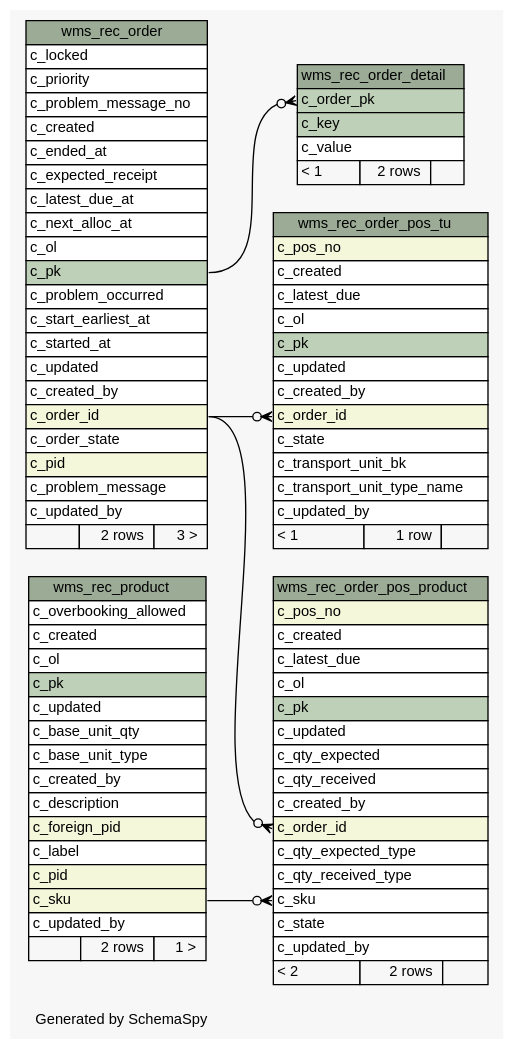
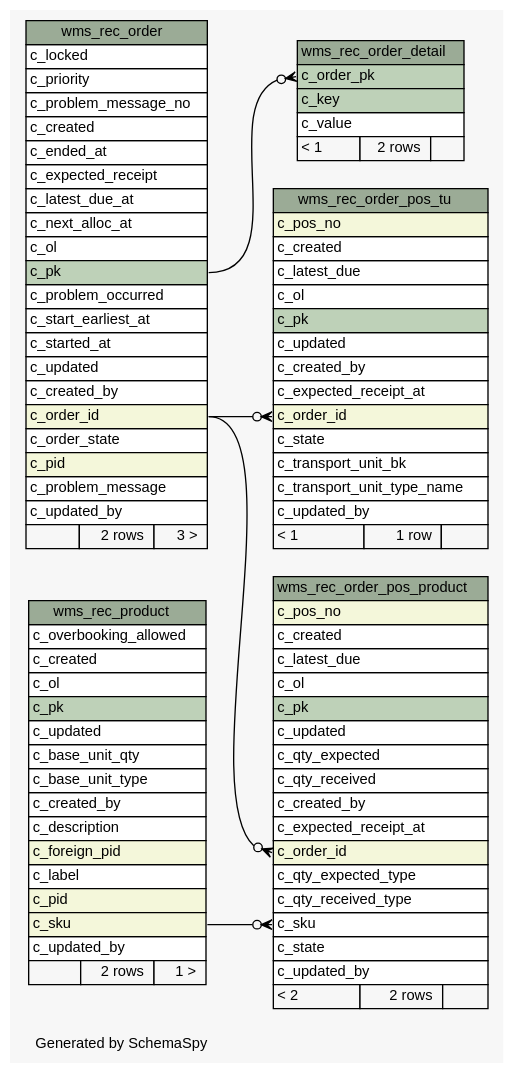
The diagram in 1.0.0-SNAPSHOT/schemaspy/diagrams/summary/relationships.real.large.dot (openwms/org.openwms.wms.receiving.lib), drawn with Graphviz before and after one commit. The commit also changed 508 other files, not shown here.

```diff
--- a/1.0.0-SNAPSHOT/schemaspy/diagrams/summary/relationships.real.large.dot
+++ b/1.0.0-SNAPSHOT/schemaspy/diagrams/summary/relationships.real.large.dot
@@ -1,135 +1,137 @@
 // dot 2.43.0 on Linux 6.5.0-1025-azure
 // SchemaSpy rev Unknown
 digraph "largeRelationshipsDiagram" {
   graph [
     rankdir="RL"
     bgcolor="#f7f7f7"
     label="\nGenerated by SchemaSpy"
     labeljust="l"
     nodesep="0.18"
     ranksep="0.46"
     fontname="Helvetica"
     fontsize="11"
   ];
   node [
     fontname="Helvetica"
     fontsize="11"
     shape="plaintext"
   ];
   edge [
     arrowsize="0.8"
   ];
   "wms_rec_order" [
     label=<
     <TABLE BORDER="0" CELLBORDER="1" CELLSPACING="0" BGCOLOR="#ffffff">
       <TR><TD COLSPAN="3" BGCOLOR="#9bab96" ALIGN="CENTER">wms_rec_order</TD></TR>
       <TR><TD PORT="c_locked" COLSPAN="3" ALIGN="LEFT">c_locked</TD></TR>
       <TR><TD PORT="c_priority" COLSPAN="3" ALIGN="LEFT">c_priority</TD></TR>
       <TR><TD PORT="c_problem_message_no" COLSPAN="3" ALIGN="LEFT">c_problem_message_no</TD></TR>
       <TR><TD PORT="c_created" COLSPAN="3" ALIGN="LEFT">c_created</TD></TR>
       <TR><TD PORT="c_ended_at" COLSPAN="3" ALIGN="LEFT">c_ended_at</TD></TR>
       <TR><TD PORT="c_expected_receipt" COLSPAN="3" ALIGN="LEFT">c_expected_receipt</TD></TR>
       <TR><TD PORT="c_latest_due_at" COLSPAN="3" ALIGN="LEFT">c_latest_due_at</TD></TR>
       <TR><TD PORT="c_next_alloc_at" COLSPAN="3" ALIGN="LEFT">c_next_alloc_at</TD></TR>
       <TR><TD PORT="c_ol" COLSPAN="3" ALIGN="LEFT">c_ol</TD></TR>
       <TR><TD PORT="c_pk" COLSPAN="3" BGCOLOR="#bed1b8" ALIGN="LEFT">c_pk</TD></TR>
       <TR><TD PORT="c_problem_occurred" COLSPAN="3" ALIGN="LEFT">c_problem_occurred</TD></TR>
       <TR><TD PORT="c_start_earliest_at" COLSPAN="3" ALIGN="LEFT">c_start_earliest_at</TD></TR>
       <TR><TD PORT="c_started_at" COLSPAN="3" ALIGN="LEFT">c_started_at</TD></TR>
       <TR><TD PORT="c_updated" COLSPAN="3" ALIGN="LEFT">c_updated</TD></TR>
       <TR><TD PORT="c_created_by" COLSPAN="3" ALIGN="LEFT">c_created_by</TD></TR>
       <TR><TD PORT="c_order_id" COLSPAN="3" BGCOLOR="#f4f7da" ALIGN="LEFT">c_order_id</TD></TR>
       <TR><TD PORT="c_order_state" COLSPAN="3" ALIGN="LEFT">c_order_state</TD></TR>
       <TR><TD PORT="c_pid" COLSPAN="3" BGCOLOR="#f4f7da" ALIGN="LEFT">c_pid</TD></TR>
       <TR><TD PORT="c_problem_message" COLSPAN="3" ALIGN="LEFT">c_problem_message</TD></TR>
       <TR><TD PORT="c_updated_by" COLSPAN="3" ALIGN="LEFT">c_updated_by</TD></TR>
       <TR><TD ALIGN="LEFT" BGCOLOR="#f7f7f7">  </TD><TD ALIGN="RIGHT" BGCOLOR="#f7f7f7">2 rows</TD><TD ALIGN="RIGHT" BGCOLOR="#f7f7f7">3 &gt;</TD></TR>
     </TABLE>>
     URL="tables/wms_rec_order.html"
     tooltip="wms_rec_order"
   ];
   "wms_rec_order_detail" [
     label=<
     <TABLE BORDER="0" CELLBORDER="1" CELLSPACING="0" BGCOLOR="#ffffff">
       <TR><TD COLSPAN="3" BGCOLOR="#9bab96" ALIGN="CENTER">wms_rec_order_detail</TD></TR>
       <TR><TD PORT="c_order_pk" COLSPAN="3" BGCOLOR="#bed1b8" ALIGN="LEFT">c_order_pk</TD></TR>
       <TR><TD PORT="c_key" COLSPAN="3" BGCOLOR="#bed1b8" ALIGN="LEFT">c_key</TD></TR>
       <TR><TD PORT="c_value" COLSPAN="3" ALIGN="LEFT">c_value</TD></TR>
       <TR><TD ALIGN="LEFT" BGCOLOR="#f7f7f7">&lt; 1</TD><TD ALIGN="RIGHT" BGCOLOR="#f7f7f7">2 rows</TD><TD ALIGN="RIGHT" BGCOLOR="#f7f7f7">  </TD></TR>
     </TABLE>>
     URL="tables/wms_rec_order_detail.html"
     tooltip="wms_rec_order_detail"
   ];
   "wms_rec_order_pos_product" [
     label=<
     <TABLE BORDER="0" CELLBORDER="1" CELLSPACING="0" BGCOLOR="#ffffff">
       <TR><TD COLSPAN="3" BGCOLOR="#9bab96" ALIGN="CENTER">wms_rec_order_pos_product</TD></TR>
       <TR><TD PORT="c_pos_no" COLSPAN="3" BGCOLOR="#f4f7da" ALIGN="LEFT">c_pos_no</TD></TR>
       <TR><TD PORT="c_created" COLSPAN="3" ALIGN="LEFT">c_created</TD></TR>
       <TR><TD PORT="c_latest_due" COLSPAN="3" ALIGN="LEFT">c_latest_due</TD></TR>
       <TR><TD PORT="c_ol" COLSPAN="3" ALIGN="LEFT">c_ol</TD></TR>
       <TR><TD PORT="c_pk" COLSPAN="3" BGCOLOR="#bed1b8" ALIGN="LEFT">c_pk</TD></TR>
       <TR><TD PORT="c_updated" COLSPAN="3" ALIGN="LEFT">c_updated</TD></TR>
       <TR><TD PORT="c_qty_expected" COLSPAN="3" ALIGN="LEFT">c_qty_expected</TD></TR>
       <TR><TD PORT="c_qty_received" COLSPAN="3" ALIGN="LEFT">c_qty_received</TD></TR>
       <TR><TD PORT="c_created_by" COLSPAN="3" ALIGN="LEFT">c_created_by</TD></TR>
+      <TR><TD PORT="c_expected_receipt_at" COLSPAN="3" ALIGN="LEFT">c_expected_receipt_at</TD></TR>
       <TR><TD PORT="c_order_id" COLSPAN="3" BGCOLOR="#f4f7da" ALIGN="LEFT">c_order_id</TD></TR>
       <TR><TD PORT="c_qty_expected_type" COLSPAN="3" ALIGN="LEFT">c_qty_expected_type</TD></TR>
       <TR><TD PORT="c_qty_received_type" COLSPAN="3" ALIGN="LEFT">c_qty_received_type</TD></TR>
       <TR><TD PORT="c_sku" COLSPAN="3" ALIGN="LEFT">c_sku</TD></TR>
       <TR><TD PORT="c_state" COLSPAN="3" ALIGN="LEFT">c_state</TD></TR>
       <TR><TD PORT="c_updated_by" COLSPAN="3" ALIGN="LEFT">c_updated_by</TD></TR>
       <TR><TD ALIGN="LEFT" BGCOLOR="#f7f7f7">&lt; 2</TD><TD ALIGN="RIGHT" BGCOLOR="#f7f7f7">2 rows</TD><TD ALIGN="RIGHT" BGCOLOR="#f7f7f7">  </TD></TR>
     </TABLE>>
     URL="tables/wms_rec_order_pos_product.html"
     tooltip="wms_rec_order_pos_product"
   ];
   "wms_rec_order_pos_tu" [
     label=<
     <TABLE BORDER="0" CELLBORDER="1" CELLSPACING="0" BGCOLOR="#ffffff">
       <TR><TD COLSPAN="3" BGCOLOR="#9bab96" ALIGN="CENTER">wms_rec_order_pos_tu</TD></TR>
       <TR><TD PORT="c_pos_no" COLSPAN="3" BGCOLOR="#f4f7da" ALIGN="LEFT">c_pos_no</TD></TR>
       <TR><TD PORT="c_created" COLSPAN="3" ALIGN="LEFT">c_created</TD></TR>
       <TR><TD PORT="c_latest_due" COLSPAN="3" ALIGN="LEFT">c_latest_due</TD></TR>
       <TR><TD PORT="c_ol" COLSPAN="3" ALIGN="LEFT">c_ol</TD></TR>
       <TR><TD PORT="c_pk" COLSPAN="3" BGCOLOR="#bed1b8" ALIGN="LEFT">c_pk</TD></TR>
       <TR><TD PORT="c_updated" COLSPAN="3" ALIGN="LEFT">c_updated</TD></TR>
       <TR><TD PORT="c_created_by" COLSPAN="3" ALIGN="LEFT">c_created_by</TD></TR>
+      <TR><TD PORT="c_expected_receipt_at" COLSPAN="3" ALIGN="LEFT">c_expected_receipt_at</TD></TR>
       <TR><TD PORT="c_order_id" COLSPAN="3" BGCOLOR="#f4f7da" ALIGN="LEFT">c_order_id</TD></TR>
       <TR><TD PORT="c_state" COLSPAN="3" ALIGN="LEFT">c_state</TD></TR>
       <TR><TD PORT="c_transport_unit_bk" COLSPAN="3" ALIGN="LEFT">c_transport_unit_bk</TD></TR>
       <TR><TD PORT="c_transport_unit_type_name" COLSPAN="3" ALIGN="LEFT">c_transport_unit_type_name</TD></TR>
       <TR><TD PORT="c_updated_by" COLSPAN="3" ALIGN="LEFT">c_updated_by</TD></TR>
       <TR><TD ALIGN="LEFT" BGCOLOR="#f7f7f7">&lt; 1</TD><TD ALIGN="RIGHT" BGCOLOR="#f7f7f7">1 row</TD><TD ALIGN="RIGHT" BGCOLOR="#f7f7f7">  </TD></TR>
     </TABLE>>
     URL="tables/wms_rec_order_pos_tu.html"
     tooltip="wms_rec_order_pos_tu"
   ];
   "wms_rec_product" [
     label=<
     <TABLE BORDER="0" CELLBORDER="1" CELLSPACING="0" BGCOLOR="#ffffff">
       <TR><TD COLSPAN="3" BGCOLOR="#9bab96" ALIGN="CENTER">wms_rec_product</TD></TR>
       <TR><TD PORT="c_overbooking_allowed" COLSPAN="3" ALIGN="LEFT">c_overbooking_allowed</TD></TR>
       <TR><TD PORT="c_created" COLSPAN="3" ALIGN="LEFT">c_created</TD></TR>
       <TR><TD PORT="c_ol" COLSPAN="3" ALIGN="LEFT">c_ol</TD></TR>
       <TR><TD PORT="c_pk" COLSPAN="3" BGCOLOR="#bed1b8" ALIGN="LEFT">c_pk</TD></TR>
       <TR><TD PORT="c_updated" COLSPAN="3" ALIGN="LEFT">c_updated</TD></TR>
       <TR><TD PORT="c_base_unit_qty" COLSPAN="3" ALIGN="LEFT">c_base_unit_qty</TD></TR>
       <TR><TD PORT="c_base_unit_type" COLSPAN="3" ALIGN="LEFT">c_base_unit_type</TD></TR>
       <TR><TD PORT="c_created_by" COLSPAN="3" ALIGN="LEFT">c_created_by</TD></TR>
       <TR><TD PORT="c_description" COLSPAN="3" ALIGN="LEFT">c_description</TD></TR>
       <TR><TD PORT="c_foreign_pid" COLSPAN="3" BGCOLOR="#f4f7da" ALIGN="LEFT">c_foreign_pid</TD></TR>
       <TR><TD PORT="c_label" COLSPAN="3" ALIGN="LEFT">c_label</TD></TR>
       <TR><TD PORT="c_pid" COLSPAN="3" BGCOLOR="#f4f7da" ALIGN="LEFT">c_pid</TD></TR>
       <TR><TD PORT="c_sku" COLSPAN="3" BGCOLOR="#f4f7da" ALIGN="LEFT">c_sku</TD></TR>
       <TR><TD PORT="c_updated_by" COLSPAN="3" ALIGN="LEFT">c_updated_by</TD></TR>
       <TR><TD ALIGN="LEFT" BGCOLOR="#f7f7f7">  </TD><TD ALIGN="RIGHT" BGCOLOR="#f7f7f7">2 rows</TD><TD ALIGN="RIGHT" BGCOLOR="#f7f7f7">1 &gt;</TD></TR>
     </TABLE>>
     URL="tables/wms_rec_product.html"
     tooltip="wms_rec_product"
   ];
   "wms_rec_order_detail":"c_order_pk":w -> "wms_rec_order":"c_pk":e [arrowhead=none dir=back arrowtail=crowodot];
   "wms_rec_order_pos_product":"c_order_id":w -> "wms_rec_order":"c_order_id":e [arrowhead=none dir=back arrowtail=crowodot];
   "wms_rec_order_pos_product":"c_sku":w -> "wms_rec_product":"c_sku":e [arrowhead=none dir=back arrowtail=crowodot];
   "wms_rec_order_pos_tu":"c_order_id":w -> "wms_rec_order":"c_order_id":e [arrowhead=none dir=back arrowtail=crowodot];
 }
```
